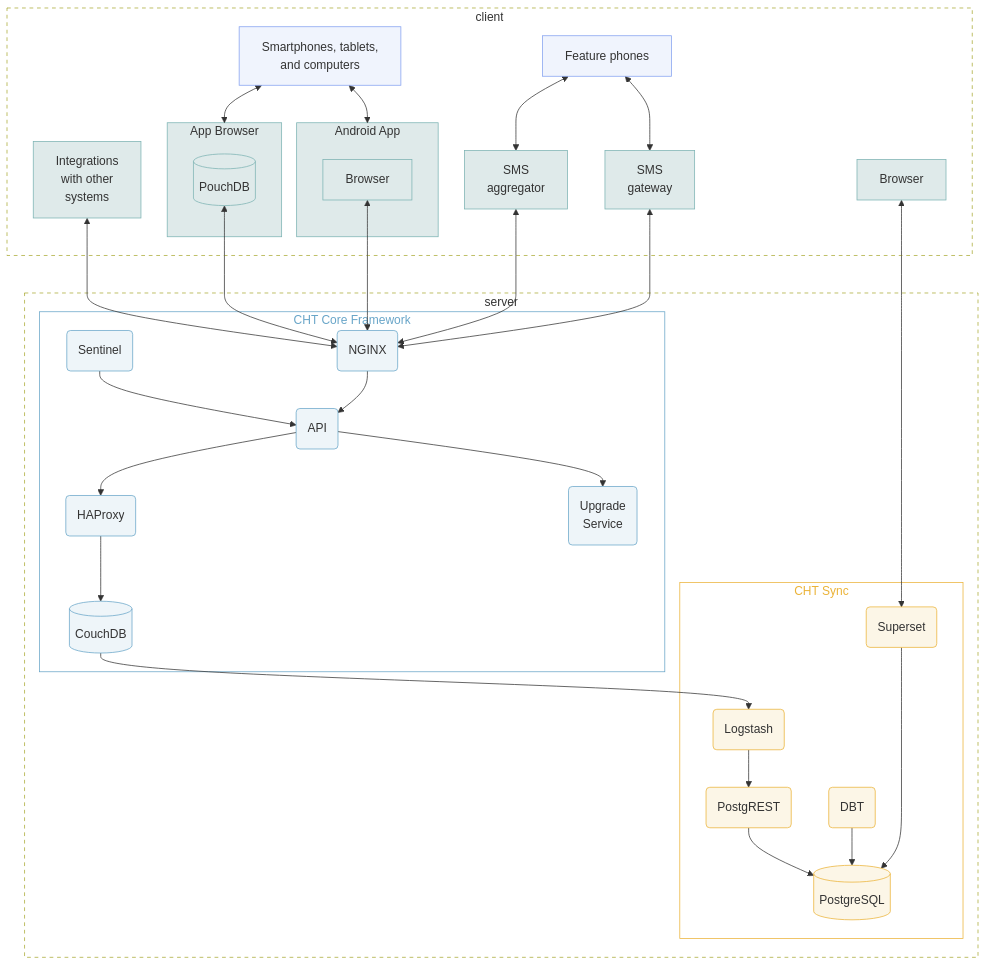
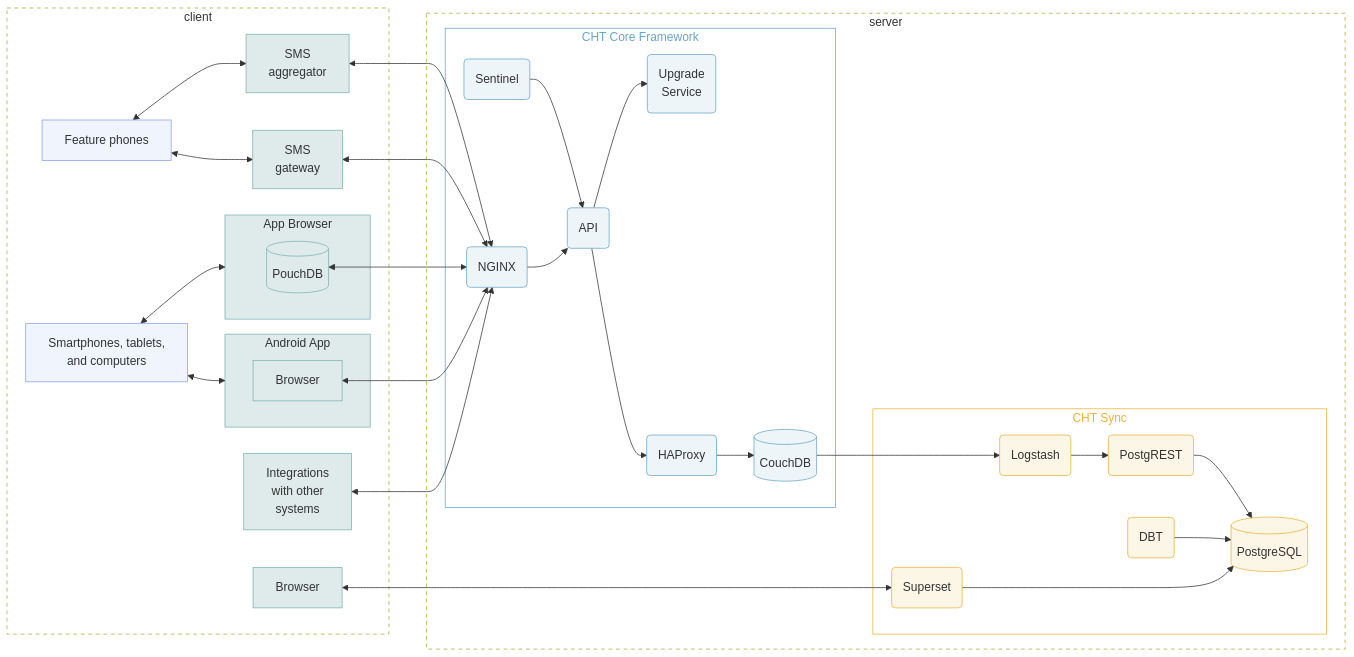
One commit to medic/cht-docs changed the second of 2 diagrams in content/en/core/overview/architecture.md. Above: the diagram before and after it, drawn with Mermaid. The commit also changed other lines of this file and 1 other file, not shown here.

Commit message:
chore: add mermaid config for extra beauty

````diff
--- a/content/en/core/overview/architecture.md
+++ b/content/en/core/overview/architecture.md
@@ -73,74 +73,74 @@
 ```mermaid
-flowchart TB
+flowchart LR
 
 linkStyle default stroke-width:1px
 
 subgraph client
   classDef client_node fill:#dfeaea,stroke:#7cb3b3
   classDef client_device_node fill:#f0f4fd,stroke:#84a1f0
   
   subgraph app_browser[App Browser]
     pouchdb[(PouchDB)]:::client_node
     style app_browser fill:#dfeaea,stroke:#7cb3b3
   end
   
   subgraph app_android[Android App]
     app_android_browser[Browser]:::client_node
     style app_android fill:#dfeaea,stroke:#7cb3b3
   end
   
-  integrations["`Integrations
+  integrations["Integrations
     with other
-    systems`"]:::client_node
+    systems"]:::client_node
   browser[Browser]:::client_node
-  sms_aggregator["`SMS 
-    aggregator`"]:::client_node
-  sms_gateway["`SMS 
-    gateway`"]:::client_node
+  sms_aggregator["SMS 
+    aggregator"]:::client_node
+  sms_gateway["SMS 
+    gateway"]:::client_node
   feature_phones[Feature phones]:::client_device_node
-  smartphones_tables_computers["`Smartphones, tablets, 
-    and computers`"]:::client_device_node
+  smartphones_tables_computers["Smartphones, tablets, 
+    and computers"]:::client_device_node
   feature_phones <--> sms_gateway & sms_aggregator
   smartphones_tables_computers <--> app_browser & app_android
 end
 
 subgraph server
   subgraph cht_core[CHT Core Framework]
     classDef cht_core_node fill:#eef5f9,stroke:#68a5c8
     couchdb[(CouchDB)]:::cht_core_node
+    upgrade_service("Upgrade 
+      Service"):::cht_core_node
     haproxy(HAProxy):::cht_core_node
-    upgrade_service("`Upgrade 
-      Service`"):::cht_core_node
     api(API):::cht_core_node
     sentinel(Sentinel):::cht_core_node
     nginx(NGINX):::cht_core_node
     haproxy --> couchdb
     api --> upgrade_service & haproxy
     sentinel --> api
     nginx --> api
     style cht_core fill:none,stroke:#68a5c8,stroke-width:1px,color:#68a5c8
   end
 
   subgraph cht_sync[CHT Sync]
     classDef cht_sync_node fill:#fcf6e7,stroke:#ebb338
     postgres[(PostgreSQL)]:::cht_sync_node
     postgrest(PostgREST):::cht_sync_node
     dbt(DBT):::cht_sync_node
     logstash(Logstash):::cht_sync_node
     superset(Superset):::cht_sync_node
     postgrest --> postgres
     dbt --> postgres
     logstash --> postgrest
     superset ----> postgres    
     style cht_sync fill:none,stroke:#ebb338,stroke-width:1px,color:#ebb338
   end
 
-  couchdb --> logstash
+  couchdb ---> logstash
 end
 
 browser <--> superset
-integrations & pouchdb & app_android_browser & sms_aggregator & sms_gateway <--> nginx
+sms_aggregator & sms_gateway & pouchdb & app_android_browser & integrations <--> nginx
 
 classDef outer_group fill:none,stroke-dasharray: 5 5
 class client,server outer_group
 ```
````
